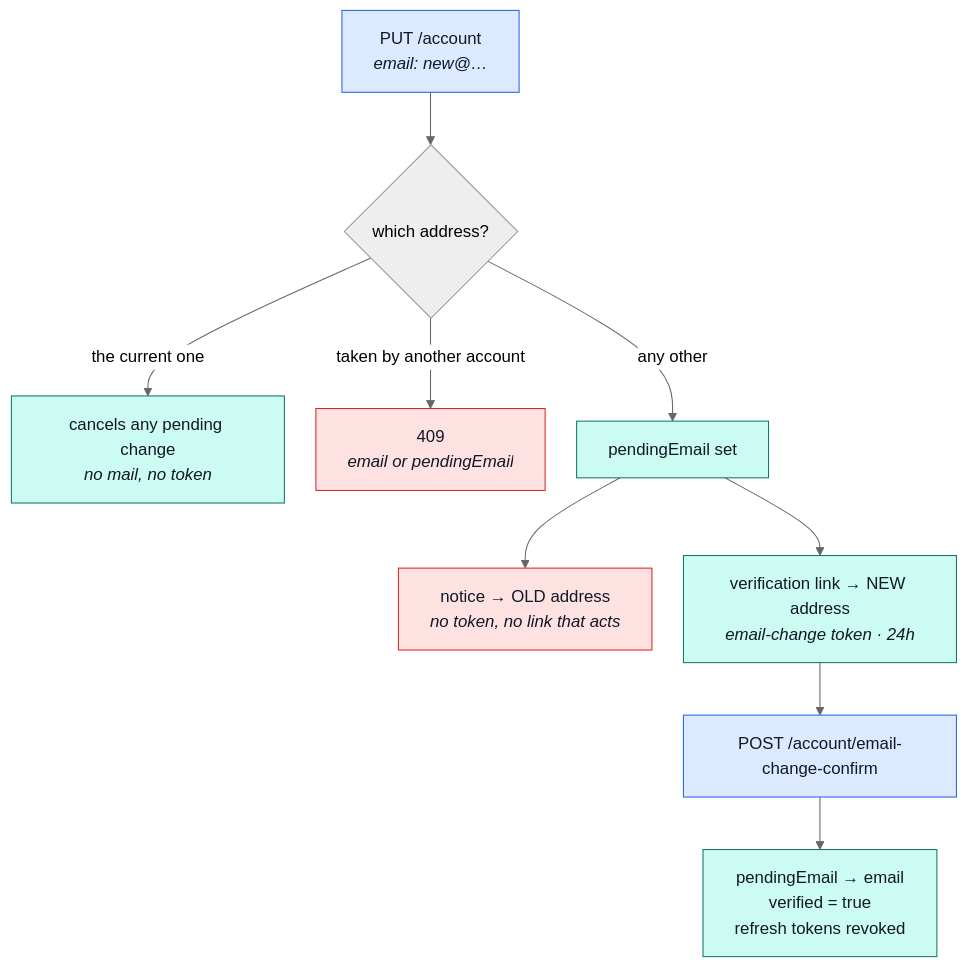
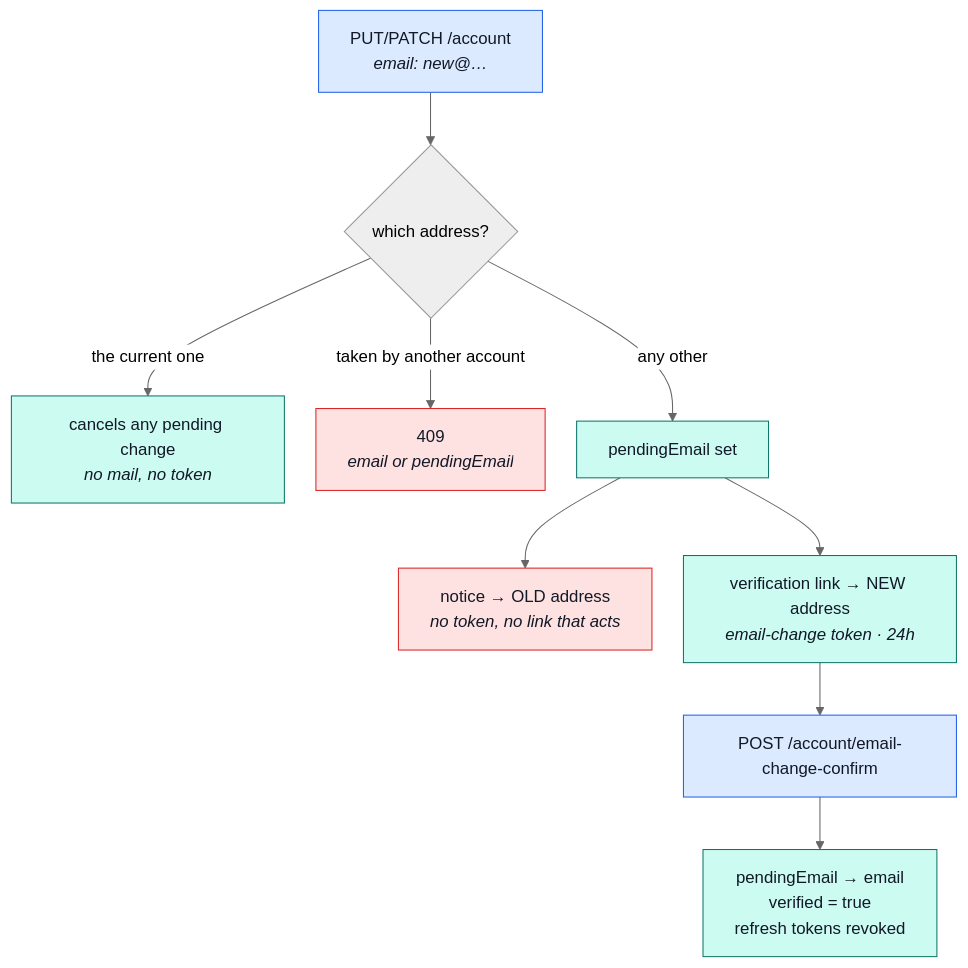
One commit to Guebbit/boilerplate-node-backend changed the third of 3 diagrams in docs/modules/account.md. Above: the diagram before and after it, drawn with Mermaid (neutral theme). The commit also changed other lines of this file and 18 other files, not shown here.

````diff
--- a/docs/modules/account.md
+++ b/docs/modules/account.md
@@ -112,19 +112,19 @@
 ```mermaid
 %%{init: {'flowchart': {'nodeSpacing': 30, 'rankSpacing': 50}}}%%
 flowchart TB
-    P["PUT /account<br/><i>email: new@…</i>"] --> C{"which address?"}
+    P["PUT/PATCH /account<br/><i>email: new@…</i>"] --> C{"which address?"}
     C -->|"the current one"| X["cancels any pending change<br/><i>no mail, no token</i>"]
     C -->|"taken by another account"| R["409<br/><i>email or pendingEmail</i>"]
     C -->|"any other"| W["pendingEmail set"]
     W --> N["notice → OLD address<br/><i>no token, no link that acts</i>"]
     W --> V["verification link → NEW address<br/><i>email-change token · 24h</i>"]
     V --> F["POST /account/email-change-confirm"]
     F --> S["pendingEmail → email<br/>verified = true<br/>refresh tokens revoked"]
 
     classDef entry fill:#dbeafe,stroke:#2563eb,color:#111827;
     classDef warn fill:#fee2e2,stroke:#dc2626,color:#111827;
     classDef done fill:#ccfbf1,stroke:#0f766e,color:#111827;
     class P,F entry;
     class R,N warn;
     class X,W,V,S done;
 ```
````
